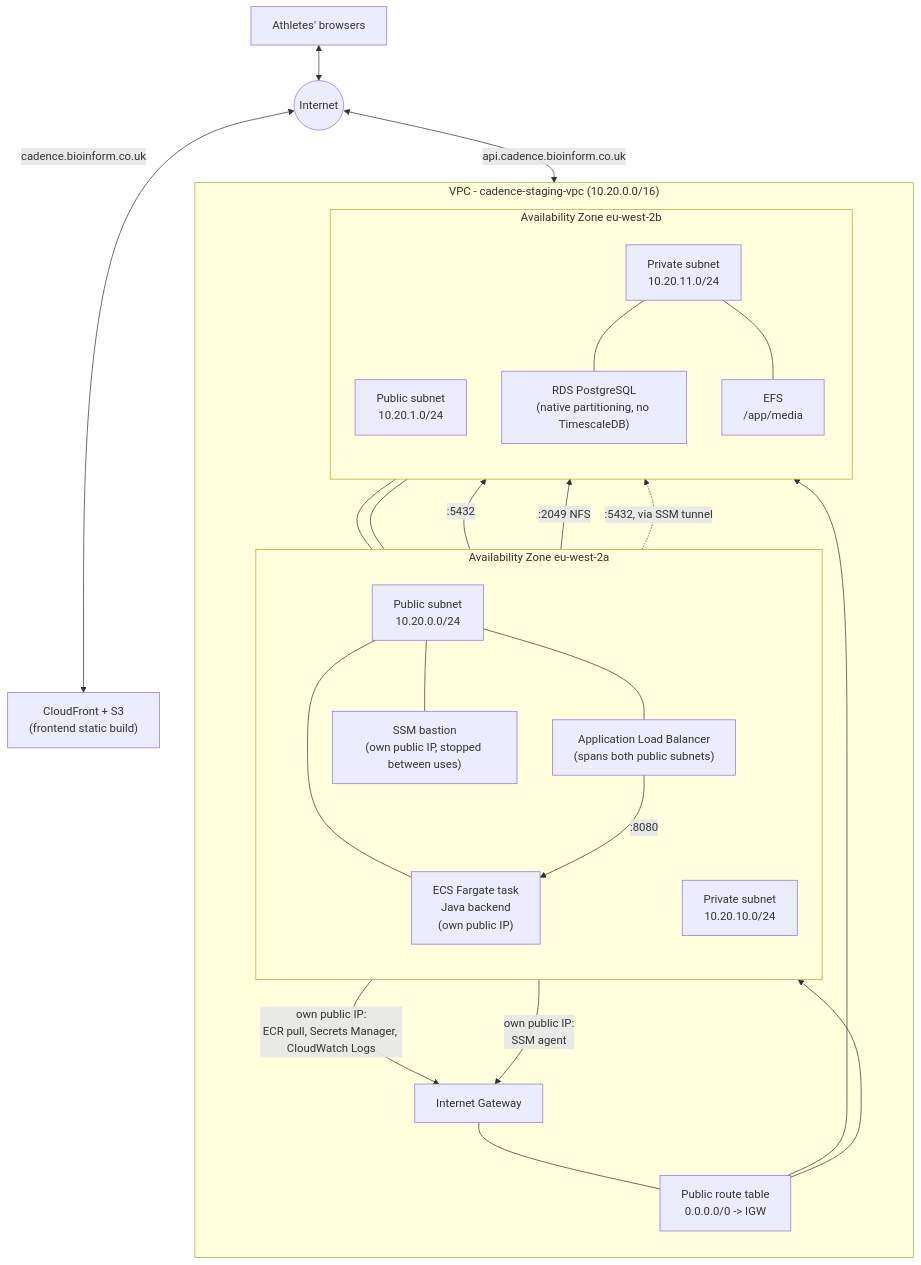
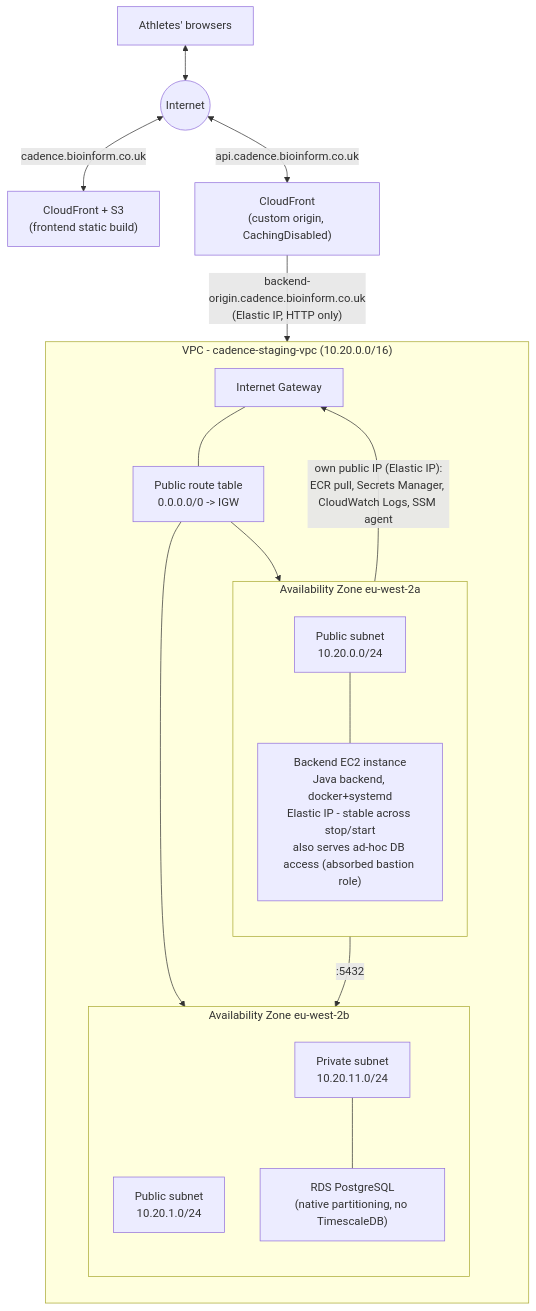
One commit to neilgoodgame/cadence changed the diagram in infra/NETWORK_ARCHITECTURE.md. Above: the diagram before and after it, drawn with Mermaid. The commit also changed other lines of this file and 25 other files, not shown here.

````diff
--- a/infra/NETWORK_ARCHITECTURE.md
+++ b/infra/NETWORK_ARCHITECTURE.md
@@ -30,53 +32,43 @@
 ```mermaid
 flowchart TB
     Internet((Internet))
     Users["Athletes' browsers"]
     Users <--> Internet
 
-    CF["CloudFront + S3<br/>(frontend static build)"]
-    Internet <-->|"cadence.bioinform.co.uk"| CF
+    CFFrontend["CloudFront + S3<br/>(frontend static build)"]
+    Internet <-->|"cadence.bioinform.co.uk"| CFFrontend
+
+    CFApi["CloudFront<br/>(custom origin, CachingDisabled)"]
+    Internet <-->|"api.cadence.bioinform.co.uk"| CFApi
 
     IGW[Internet Gateway]
-    Internet <-->|"api.cadence.bioinform.co.uk"| IGW
+    CFApi -->|"backend-origin.cadence.bioinform.co.uk<br/>(Elastic IP, HTTP only)"| IGW
 
     subgraph VPC["VPC - cadence-staging-vpc (10.20.0.0/16)"]
         direction TB
         PubRT["Public route table<br/>0.0.0.0/0 -> IGW"]
         IGW --- PubRT
 
         subgraph AZa["Availability Zone eu-west-2a"]
             direction TB
             PubA["Public subnet<br/>10.20.0.0/24"]
-            ALB["Application Load Balancer<br/>(spans both public subnets)"]
-            ECSa["ECS Fargate task<br/>Java backend<br/>(own public IP)"]
-            Bastion["SSM bastion<br/>(own public IP, stopped between uses)"]
-            PrivA["Private subnet<br/>10.20.10.0/24"]
-            PubA --- ALB
-            PubA --- ECSa
-            PubA --- Bastion
+            EC2["Backend EC2 instance<br/>Java backend, docker+systemd<br/>Elastic IP - stable across stop/start<br/>also serves ad-hoc DB access (absorbed bastion role)"]
+            PubA --- EC2
         end
 
         subgraph AZb["Availability Zone eu-west-2b"]
             direction TB
             PubB["Public subnet<br/>10.20.1.0/24"]
             PrivB["Private subnet<br/>10.20.11.0/24"]
             RDS["RDS PostgreSQL<br/>(native partitioning, no TimescaleDB)"]
-            EFS["EFS<br/>/app/media"]
-            PubB --- ALB
-            PrivA --- EFS
             PrivB --- RDS
-            PrivB --- EFS
         end
 
         PubRT --> PubA
         PubRT --> PubB
 
-        ALB -->|":8080"| ECSa
-        ECSa -->|":5432"| RDS
-        ECSa -->|":2049 NFS"| EFS
-        Bastion -.->|":5432, via SSM tunnel"| RDS
+        EC2 -->|":5432"| RDS
     end
 
-    ECSa -->|"own public IP:<br/>ECR pull, Secrets Manager, CloudWatch Logs"| IGW
-    Bastion -->|"own public IP:<br/>SSM agent"| IGW
+    EC2 -->|"own public IP (Elastic IP):<br/>ECR pull, Secrets Manager, CloudWatch Logs, SSM agent"| IGW
 ```
````
